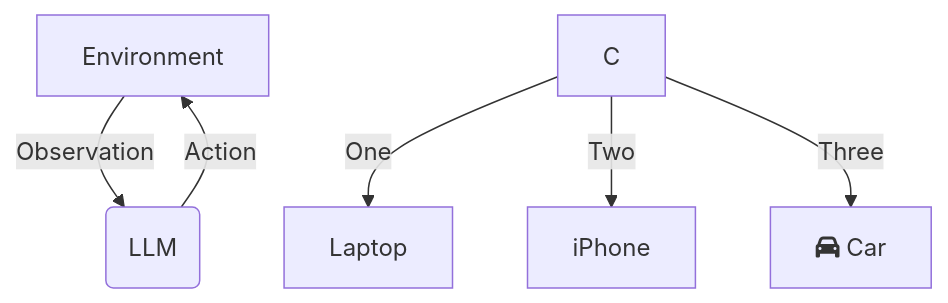
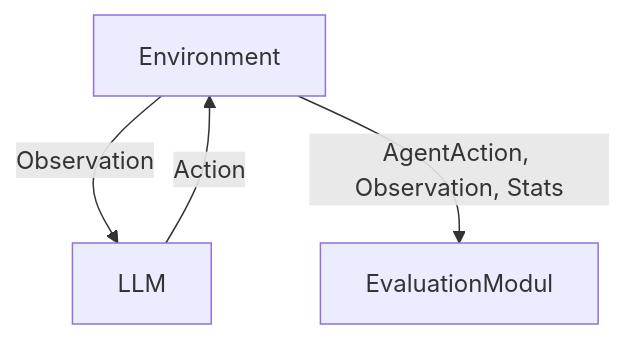
Before and after one commit to akvachan/SR-LLM: the diagram in README.md, drawn with Mermaid.

````diff
--- a/README.md
+++ b/README.md
@@ -4,8 +4,6 @@
 ```mermaid
 flowchart TD
-    A[Environment] --> |Observation| B(LLM)
+    A[Environment] --> |Observation| B[LLM]
     B --> |Action| A
-    C -->|One| D[Laptop]
-    C -->|Two| E[iPhone]
-    C -->|Three| F[fa:fa-car Car]
+    A --> |AgentAction, Observation, Stats| C[EvaluationModul]
 ```
````
